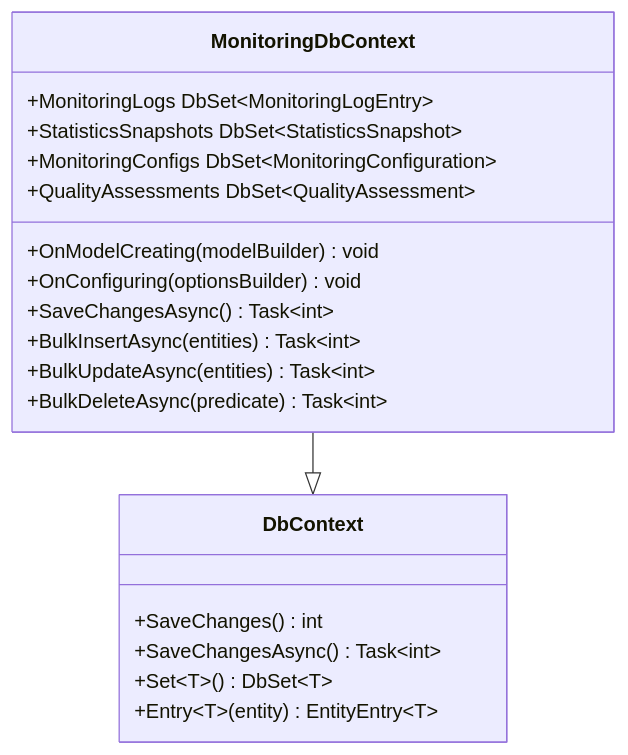
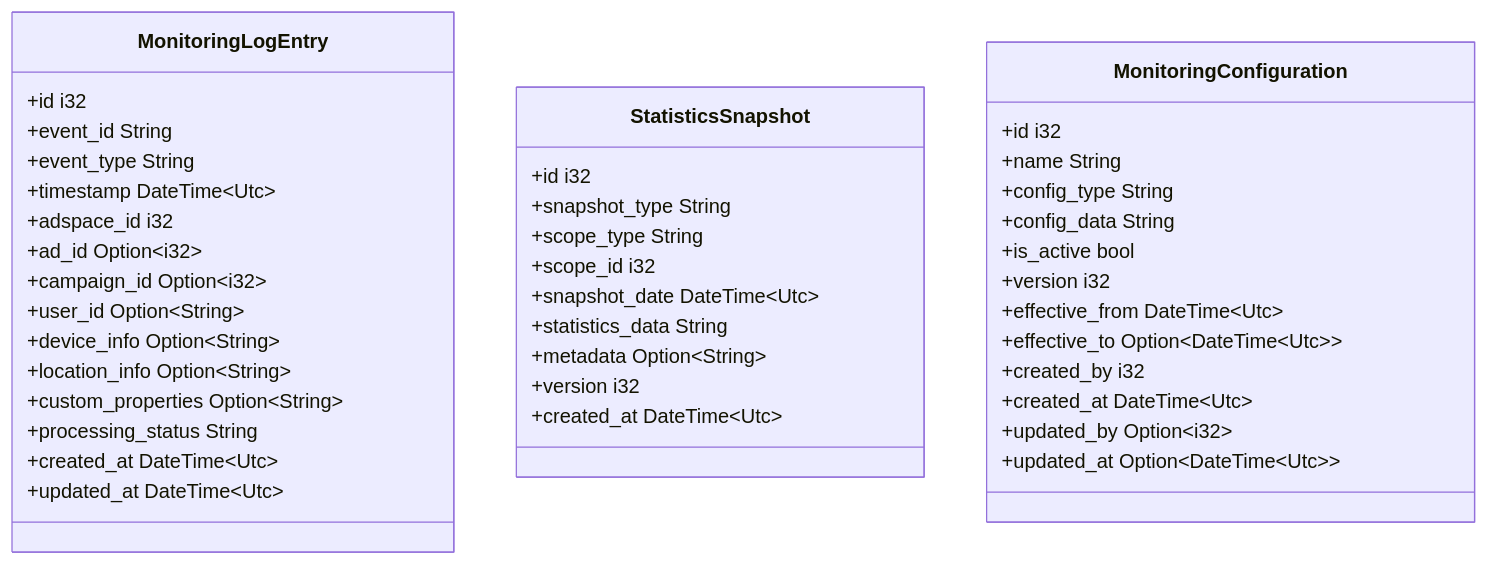
One commit to lornshrimp/Lorn.ADSP.Rust changed the fifth of 8 diagrams in docs_TecDesign/广告投放引擎/广告效果监测服务设计/广告效果监测服务数据访问层设计.md. Above: the diagram before and after it, drawn with Mermaid. The commit also changed other lines of this file and 8 other files, not shown here.

````diff
--- a/docs_TecDesign/广告投放引擎/广告效果监测服务设计/广告效果监测服务数据访问层设计.md
+++ b/docs_TecDesign/广告投放引擎/广告效果监测服务设计/广告效果监测服务数据访问层设计.md
@@ -294,24 +410,46 @@
 ```mermaid
 classDiagram
-    class MonitoringDbContext {
-        +MonitoringLogs DbSet~MonitoringLogEntry~
-        +StatisticsSnapshots DbSet~StatisticsSnapshot~
-        +MonitoringConfigs DbSet~MonitoringConfiguration~
-        +QualityAssessments DbSet~QualityAssessment~
-        +OnModelCreating(modelBuilder) void
-        +OnConfiguring(optionsBuilder) void
-        +SaveChangesAsync() Task~int~
-        +BulkInsertAsync(entities) Task~int~
-        +BulkUpdateAsync(entities) Task~int~
-        +BulkDeleteAsync(predicate) Task~int~
+    class MonitoringLogEntry {
+        +id i32
+        +event_id String
+        +event_type String
+        +timestamp DateTime~Utc~
+        +adspace_id i32
+        +ad_id Option~i32~
+        +campaign_id Option~i32~
+        +user_id Option~String~
+        +device_info Option~String~
+        +location_info Option~String~
+        +custom_properties Option~String~
+        +processing_status String
+        +created_at DateTime~Utc~
+        +updated_at DateTime~Utc~
     }
     
-    class DbContext {
-        +SaveChanges() int
-        +SaveChangesAsync() Task~int~
-        +Set~T~() DbSet~T~
-        +Entry~T~(entity) EntityEntry~T~
+    class StatisticsSnapshot {
+        +id i32
+        +snapshot_type String
+        +scope_type String
+        +scope_id i32
+        +snapshot_date DateTime~Utc~
+        +statistics_data String
+        +metadata Option~String~
+        +version i32
+        +created_at DateTime~Utc~
     }
     
-    MonitoringDbContext --|> DbContext
+    class MonitoringConfiguration {
+        +id i32
+        +name String
+        +config_type String
+        +config_data String
+        +is_active bool
+        +version i32
+        +effective_from DateTime~Utc~
+        +effective_to Option~DateTime~Utc~~
+        +created_by i32
+        +created_at DateTime~Utc~
+        +updated_by Option~i32~
+        +updated_at Option~DateTime~Utc~~
+    }
 ```
````
